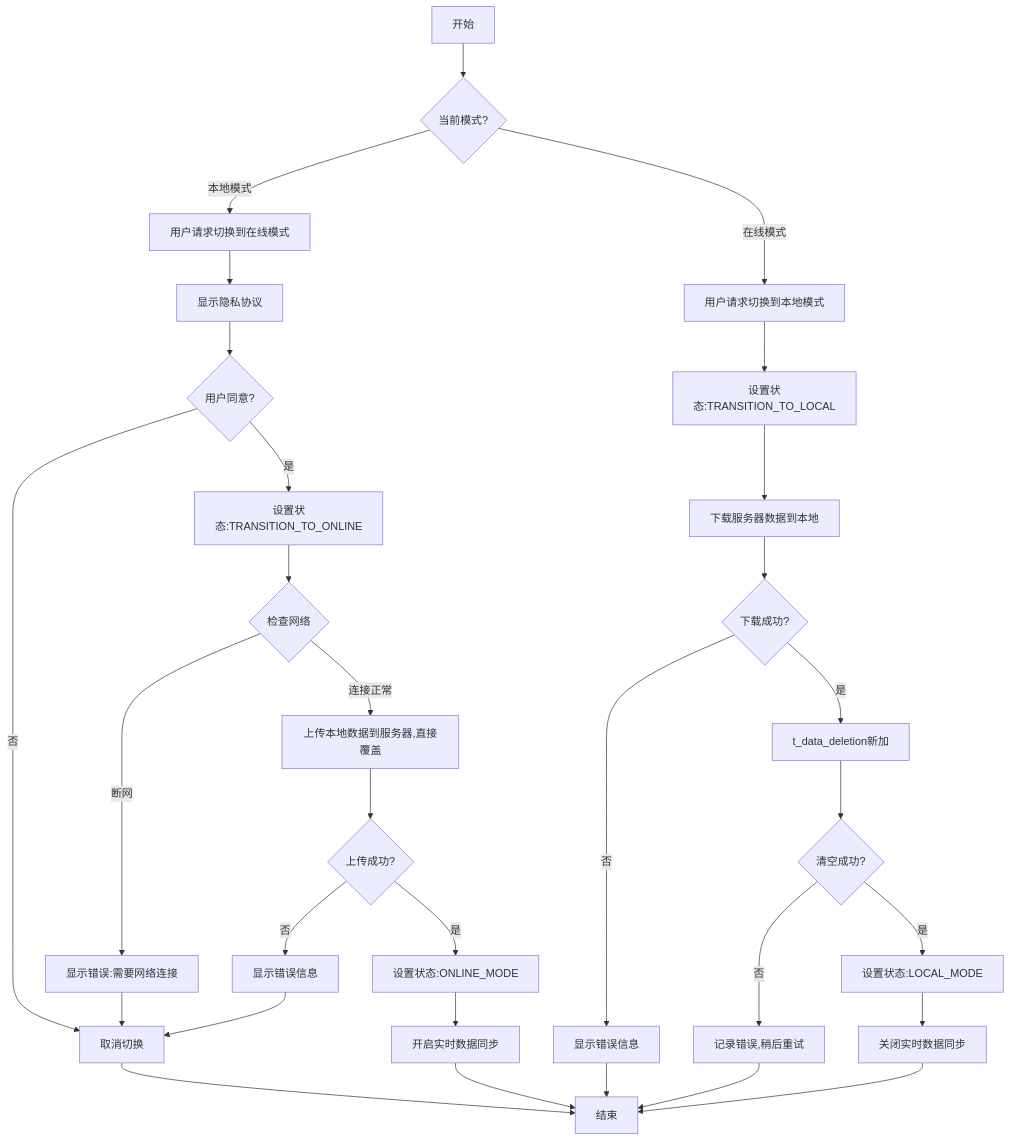
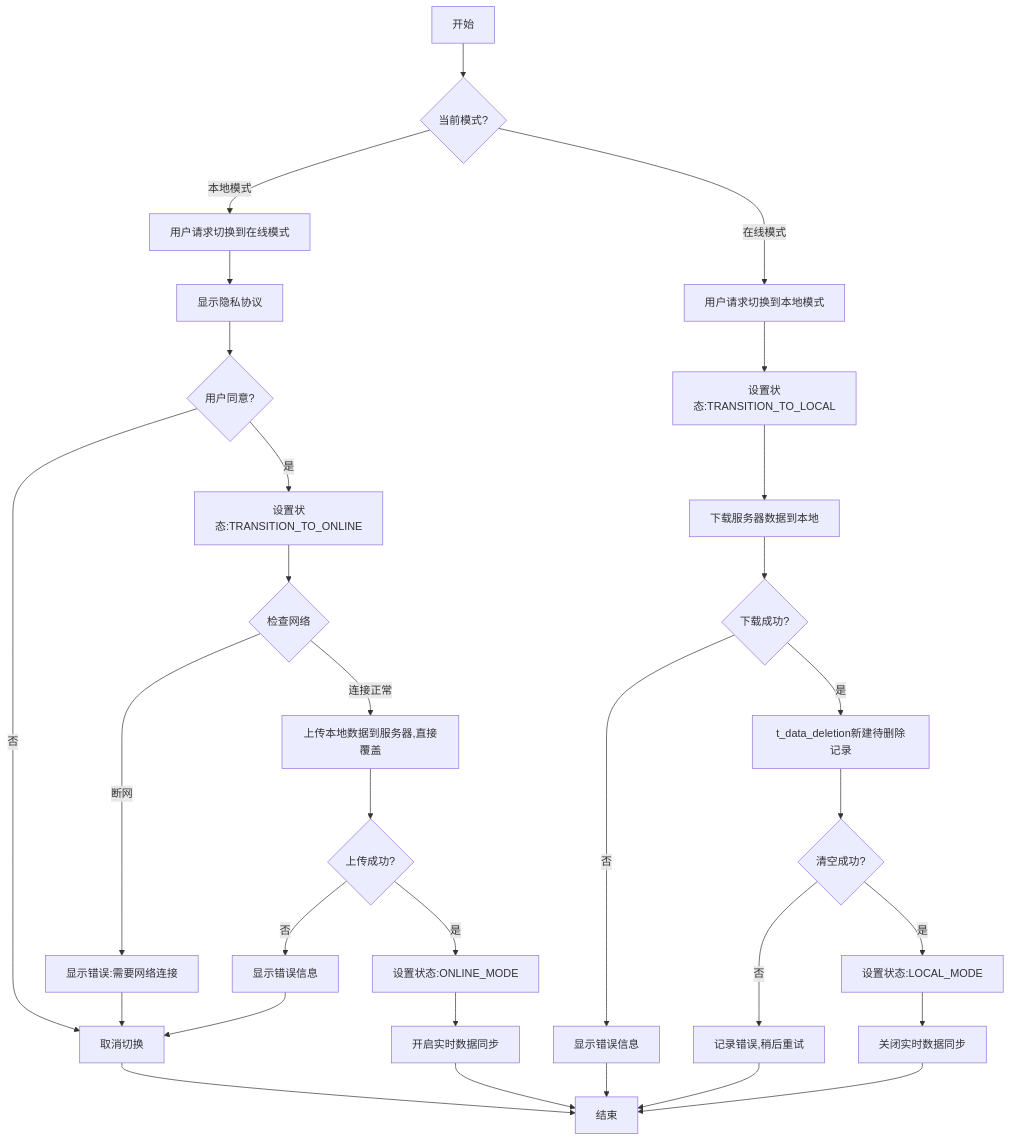
One commit to yingjianzh/iodraw-files changed the diagram in all/未命名-50.md. Above: the diagram before and after it, drawn with Mermaid.

Commit message:
2025-05-08 16:13:36 update

````diff
--- a/all/未命名-50.md
+++ b/all/未命名-50.md
@@ -1,37 +1,37 @@
 ```mermaid
 
 flowchart TD
     A[开始] --> B{当前模式?}
     
     B -->|本地模式| C[用户请求切换到在线模式]
     C --> F[显示隐私协议]
     F --> G{用户同意?}
     G -->|否| H[取消切换]
     H --> Z[结束]
     G -->|是| I[设置状态:TRANSITION_TO_ONLINE]
     I --> J{检查网络}
     J -->|断网| K[显示错误:需要网络连接]
     K --> H
     J -->|连接正常| O[上传本地数据到服务器,直接覆盖]
     O --> P{上传成功?}
     P -->|否| Q[显示错误信息]
     Q --> H
     P -->|是| R[设置状态:ONLINE_MODE]
     R --> S[开启实时数据同步]
     S --> Z
     
     B -->|在线模式| T[用户请求切换到本地模式]
     T --> U[设置状态:TRANSITION_TO_LOCAL]
     U --> X[下载服务器数据到本地]
     X --> Y{下载成功?}
     Y -->|否| AA2[显示错误信息]
     AA2 --> Z
-    Y -->|是| AB2[t_data_deletion新加]
+    Y -->|是| AB2[t_data_deletion新建待删除记录]
     AB2 --> AC2{清空成功?}
     AC2 -->|否| AD2[记录错误,稍后重试]
     AD2 --> Z
     AC2 -->|是| AE[设置状态:LOCAL_MODE]
     AE --> AF[关闭实时数据同步]
     AF --> Z
 
 ```
````
